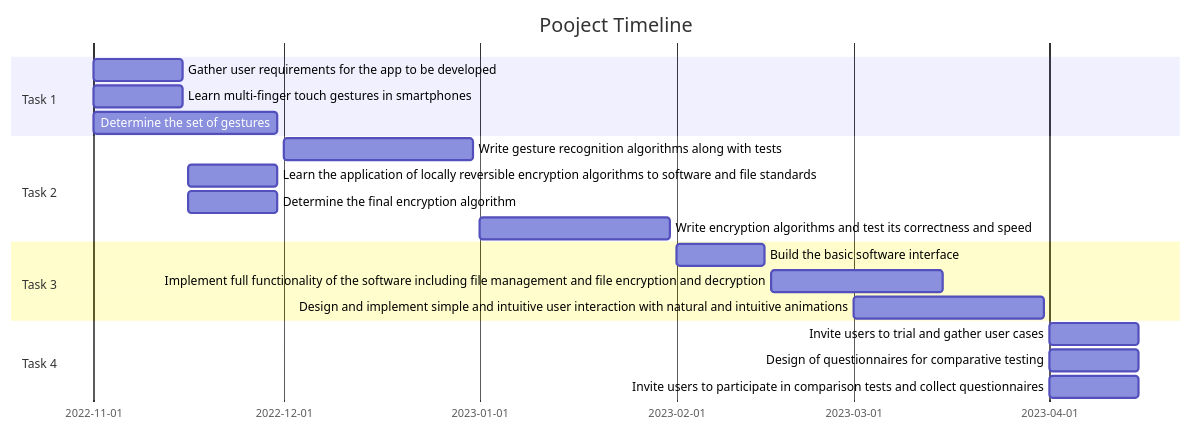
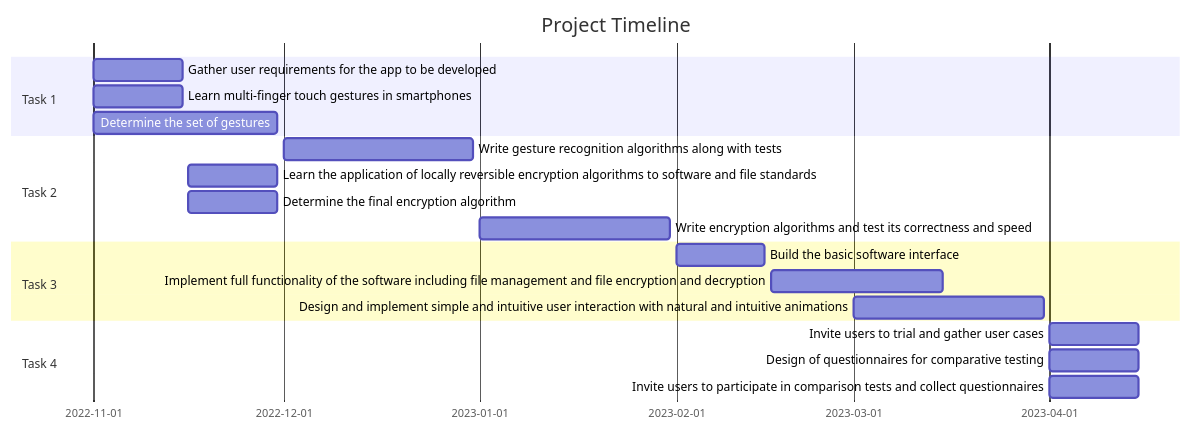
One commit to JerryZhangZZY/geslock changed the diagram in README.md. Above: the diagram before and after it, drawn with Mermaid.

Commit message:
revise README

````diff
--- a/README.md
+++ b/README.md
@@ -19,22 +19,22 @@
 ```mermaid
 gantt
-title Pooject Timeline
+title Project Timeline
 dateFormat YYYY-MM-DD
 section Task 1
 Gather user requirements for the app to be developed: 2022-11-01, 2022-11-15
 Learn multi-finger touch gestures in smartphones: 2022-11-01, 2022-11-15
 Determine the set of gestures: 2022-11-01, 2022-11-30
 section Task 2
 Write gesture recognition algorithms along with tests: 2022-12-01, 2022-12-31
 Learn the application of locally reversible encryption algorithms to software and file standards: 2022-11-16, 2022-11-30
 Determine the final encryption algorithm: 2022-11-16, 2022-11-30
 Write encryption algorithms and test its correctness and speed: 2023-01-01, 2023-01-31
 section Task 3
 Build the basic software interface: 2023-02-01, 2023-02-15
 Implement full functionality of the software including file management and file encryption and decryption: 2023-02-16, 2023-03-15
 Design and implement simple and intuitive user interaction with natural and intuitive animations: 2023-03-01, 2023-03-31
 section Task 4
 Invite users to trial and gather user cases: 2023-04-01, 2023-04-15
 Design of questionnaires for comparative testing: 2023-04-01, 2023-04-15
 Invite users to participate in comparison tests and collect questionnaires: 2023-04-01, 2023-04-15
 ```
````
